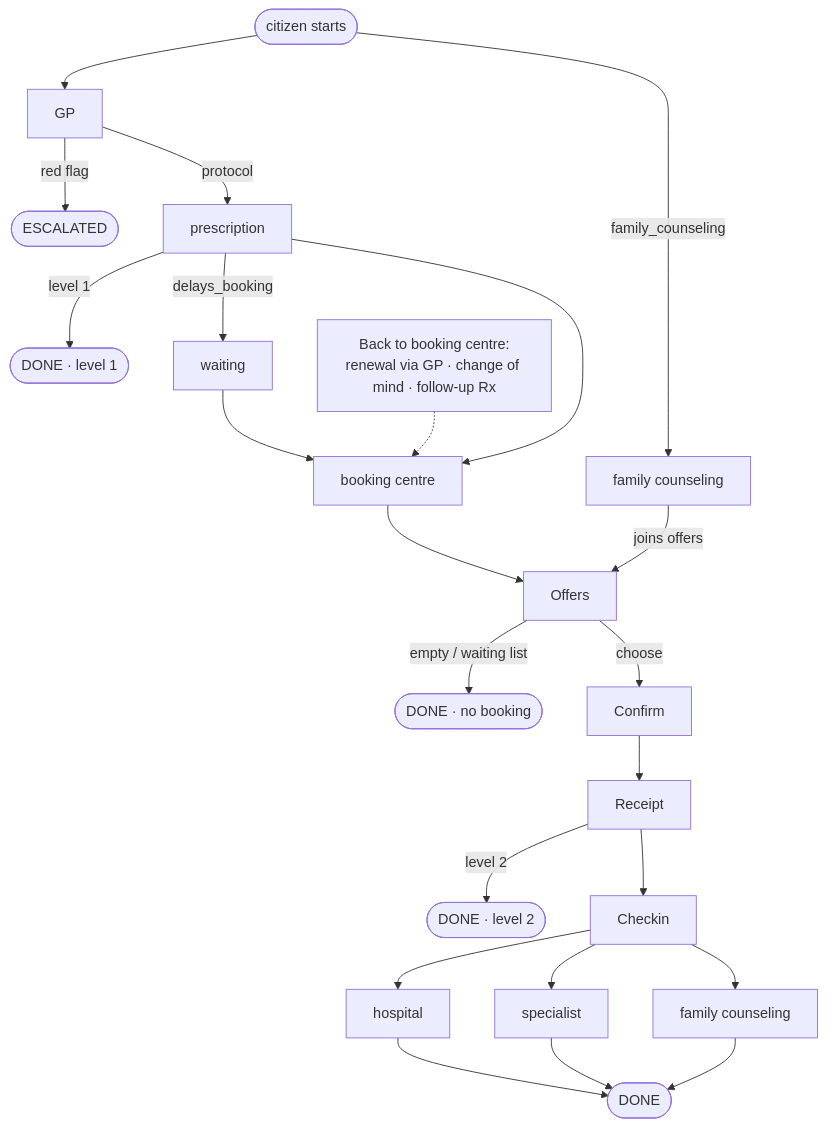
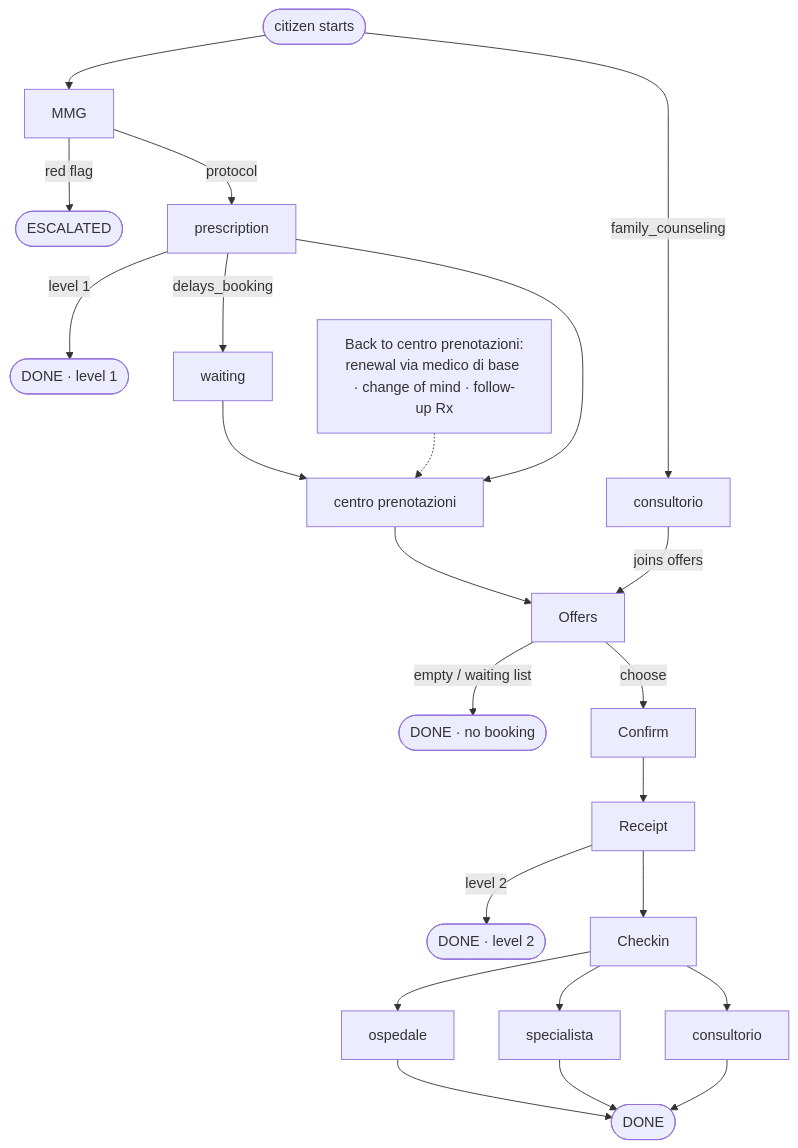
The diagram in docs/kit/e19-rules.md (projectnandaitaly/mach-hackathon-kit), drawn with Mermaid before and after one commit. The commit also changed other lines of this file and 24 other files, not shown here.

````diff
--- a/docs/kit/e19-rules.md
+++ b/docs/kit/e19-rules.md
@@ -43,26 +43,26 @@
 ```mermaid
 flowchart TD
-  start([citizen starts]) --> GP
-  start -->|family_counseling| FC[family counseling]
-  GP -->|red flag| Esc([ESCALATED])
-  GP -->|protocol| Rx[prescription]
+  start([citizen starts]) --> MMG
+  start -->|family_counseling| FC[consultorio]
+  MMG -->|red flag| Esc([ESCALATED])
+  MMG -->|protocol| Rx[prescription]
   Rx -->|level 1| Done1([DONE · level 1])
   Rx -->|delays_booking| Wait[waiting]
   Wait --> BC
-  Rx --> BC[booking centre]
+  Rx --> BC[centro prenotazioni]
   FC -->|joins offers| Offers
   BC --> Offers
   Offers -->|empty / waiting list| NoBook([DONE · no booking])
   Offers -->|choose| Confirm
   Confirm --> Receipt
   Receipt -->|level 2| Done2([DONE · level 2])
   Receipt --> Checkin
-  Checkin --> Hosp[hospital]
-  Checkin --> Spec[specialist]
-  Checkin --> FC2[family counseling]
+  Checkin --> Hosp[ospedale]
+  Checkin --> Spec[specialista]
+  Checkin --> FC2[consultorio]
   Hosp --> Done3([DONE])
   Spec --> Done3
   FC2 --> Done3
-  note[Back to booking centre:<br/>renewal via GP · change of mind · follow-up Rx]
+  note[Back to centro prenotazioni:<br/>renewal via medico di base · change of mind · follow-up Rx]
   note -.-> BC
 ```
````
